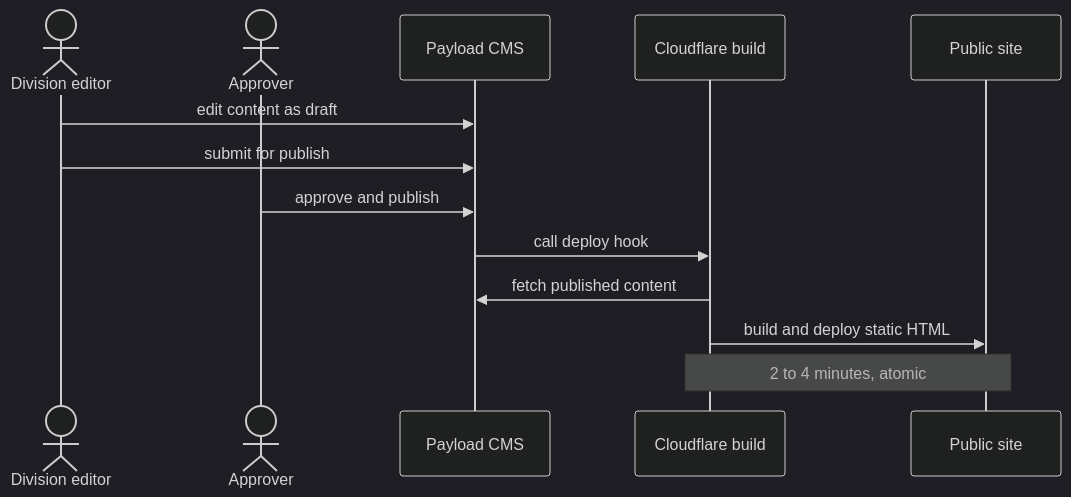
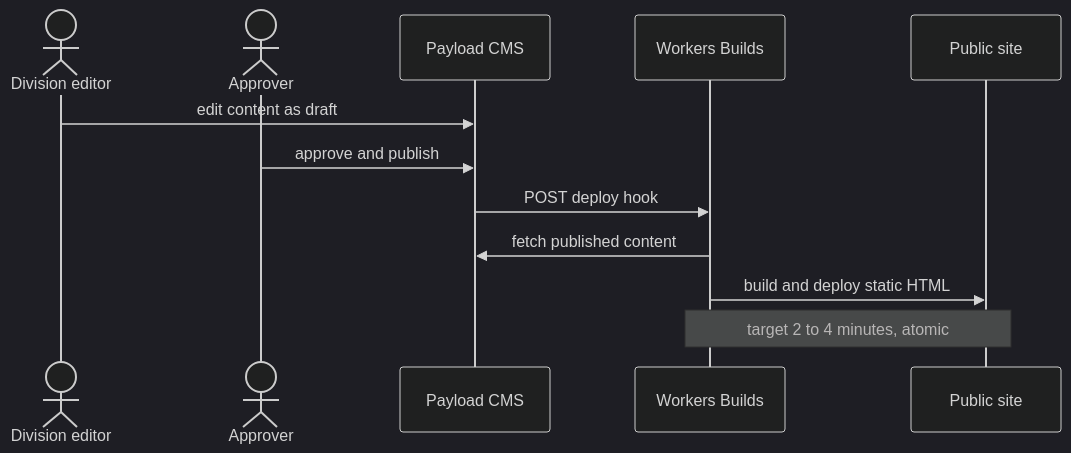
One commit to Q-Summit/q-web changed the diagram in docs/architecture/06-runtime.md. Above: the diagram before and after it, drawn with Mermaid (dark theme). The commit also changed other lines of this file, not shown here.

Commit message:
docs: document publish rebuild and cache refresh

````diff
--- a/docs/architecture/06-runtime.md
+++ b/docs/architecture/06-runtime.md
@@ -9,16 +11,15 @@
 ```mermaid
 sequenceDiagram
   actor Editor as Division editor
   actor Approver
   participant CMS as Payload CMS
-  participant CF as Cloudflare build
+  participant CF as Workers Builds
   participant Site as Public site
 
   Editor->>CMS: edit content as draft
-  Editor->>CMS: submit for publish
   Approver->>CMS: approve and publish
-  CMS->>CF: call deploy hook
+  CMS->>CF: POST deploy hook
   CF->>CMS: fetch published content
   CF->>Site: build and deploy static HTML
-  Note over CF,Site: 2 to 4 minutes, atomic
+  Note over CF,Site: target 2 to 4 minutes, atomic
 ```
````
